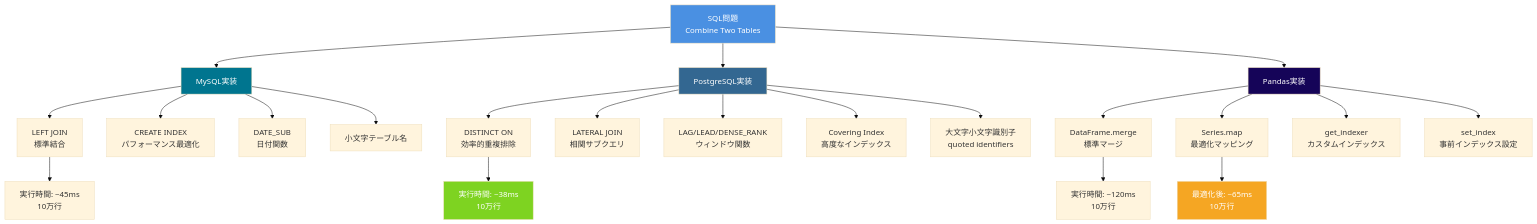
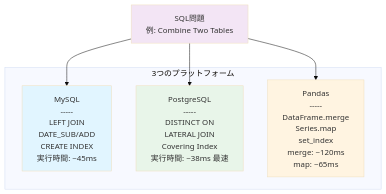
Before and after one commit to myoshi2891/Algorithm-DataStructures-Math-SQL: the eighth of 11 diagrams in README.md, drawn with Mermaid (base theme). The commit also changed other lines of this file, not shown here.

````diff
--- a/README.md
+++ b/README.md
@@ -753,36 +373,19 @@
 ```mermaid
-graph TD
-    SQLProblem[SQL問題<br/>Combine Two Tables]
-
-    SQLProblem --> MySQL[MySQL実装]
-    SQLProblem --> Postgres[PostgreSQL実装]
-    SQLProblem --> Pandas[Pandas実装]
-
-    MySQL --> M1[LEFT JOIN<br/>標準結合]
-    MySQL --> M2[CREATE INDEX<br/>パフォーマンス最適化]
-    MySQL --> M3[DATE_SUB<br/>日付関数]
-    MySQL --> M4[小文字テーブル名]
-
-    Postgres --> P1[DISTINCT ON<br/>効率的重複排除]
-    Postgres --> P2[LATERAL JOIN<br/>相関サブクエリ]
-    Postgres --> P3[LAG/LEAD/DENSE_RANK<br/>ウィンドウ関数]
-    Postgres --> P4[Covering Index<br/>高度なインデックス]
-    Postgres --> P5[大文字小文字識別子<br/>quoted identifiers]
-
-    Pandas --> PD1[DataFrame.merge<br/>標準マージ]
-    Pandas --> PD2[Series.map<br/>最適化マッピング]
-    Pandas --> PD3[get_indexer<br/>カスタムインデックス]
-    Pandas --> PD4[set_index<br/>事前インデックス設定]
-
-    M1 --> Perf1[実行時間: ~45ms<br/>10万行]
-    P1 --> Perf2[実行時間: ~38ms<br/>10万行]
-    PD1 --> Perf3[実行時間: ~120ms<br/>10万行]
-    PD2 --> Perf4[最適化後: ~65ms<br/>10万行]
-
-    style SQLProblem fill:#4A90E2,color:#fff
-    style MySQL fill:#00758F,color:#fff
-    style Postgres fill:#336791,color:#fff
-    style Pandas fill:#150458,color:#fff
-    style Perf2 fill:#7ED321,color:#fff
-    style Perf4 fill:#F5A623,color:#fff
+graph TB
+    SQL[SQL問題<br/>例: Combine Two Tables]
+    
+    subgraph Platforms[3つのプラットフォーム]
+        MySQL[MySQL<br/>-----<br/>LEFT JOIN<br/>DATE_SUB/ADD<br/>CREATE INDEX<br/>実行時間: ~45ms]
+        PostgreSQL[PostgreSQL<br/>-----<br/>DISTINCT ON<br/>LATERAL JOIN<br/>Covering Index<br/>実行時間: ~38ms 最速]
+        Pandas[Pandas<br/>-----<br/>DataFrame.merge<br/>Series.map<br/>set_index<br/>merge: ~120ms<br/>map: ~65ms]
+    end
+    
+    SQL --> MySQL
+    SQL --> PostgreSQL
+    SQL --> Pandas
+    
+    style SQL fill:#f3e5f5
+    style MySQL fill:#e1f5ff
+    style PostgreSQL fill:#e8f5e9
+    style Pandas fill:#fff4e1
 ```
````
